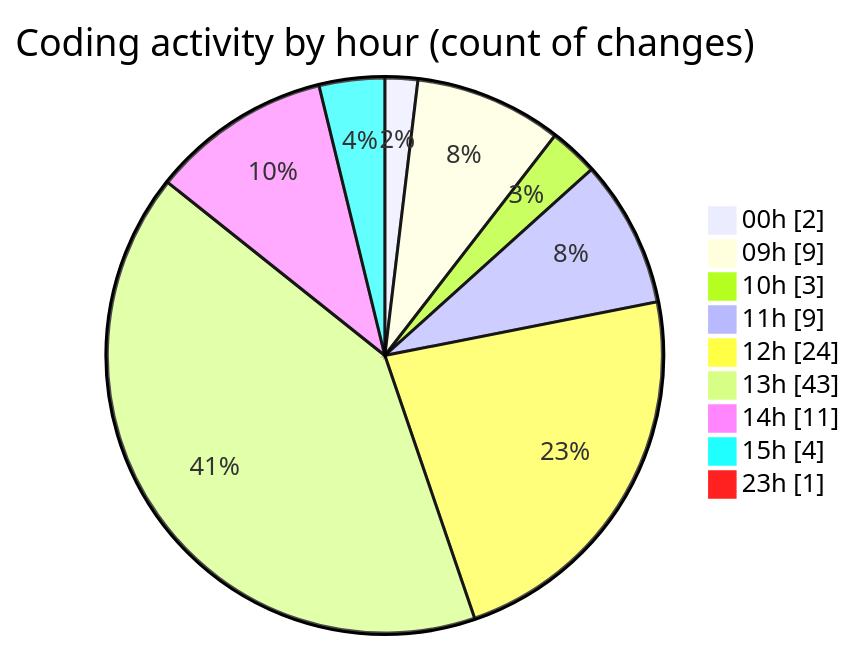
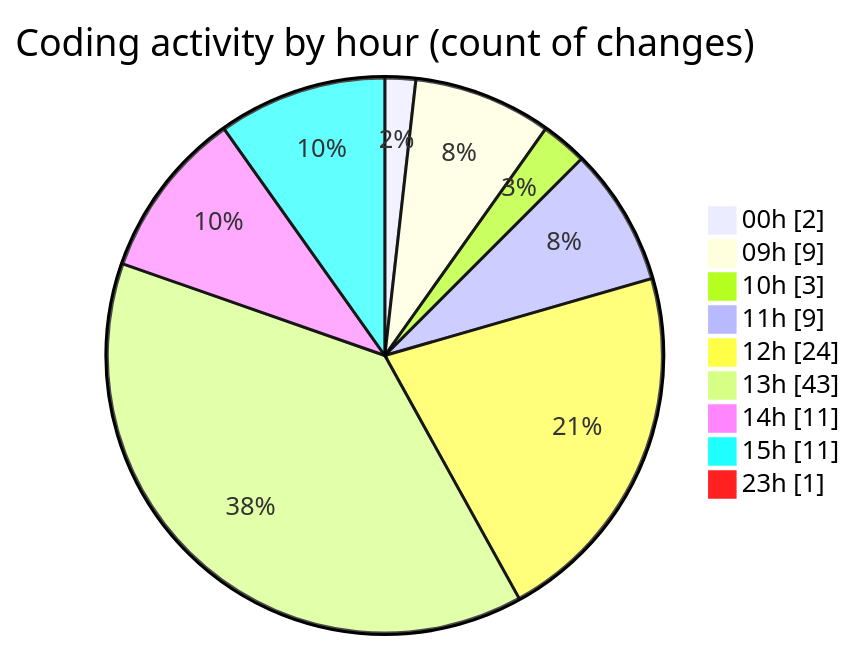
The second of 2 diagrams in 2025-07-29/cda/README.md (momahboobian/code-tracking), drawn with Mermaid before and after one commit. The commit also changed other lines of this file and 1 other file, not shown here.

````diff
--- a/2025-07-29/cda/README.md
+++ b/2025-07-29/cda/README.md
@@ -40,13 +40,13 @@
 ```mermaid
 pie showData
 title Coding activity by hour (count of changes)
 "00h" : 2
 "09h" : 9
 "10h" : 3
 "11h" : 9
 "12h" : 24
 "13h" : 43
 "14h" : 11
-"15h" : 4
+"15h" : 11
 "23h" : 1
 ```
````
